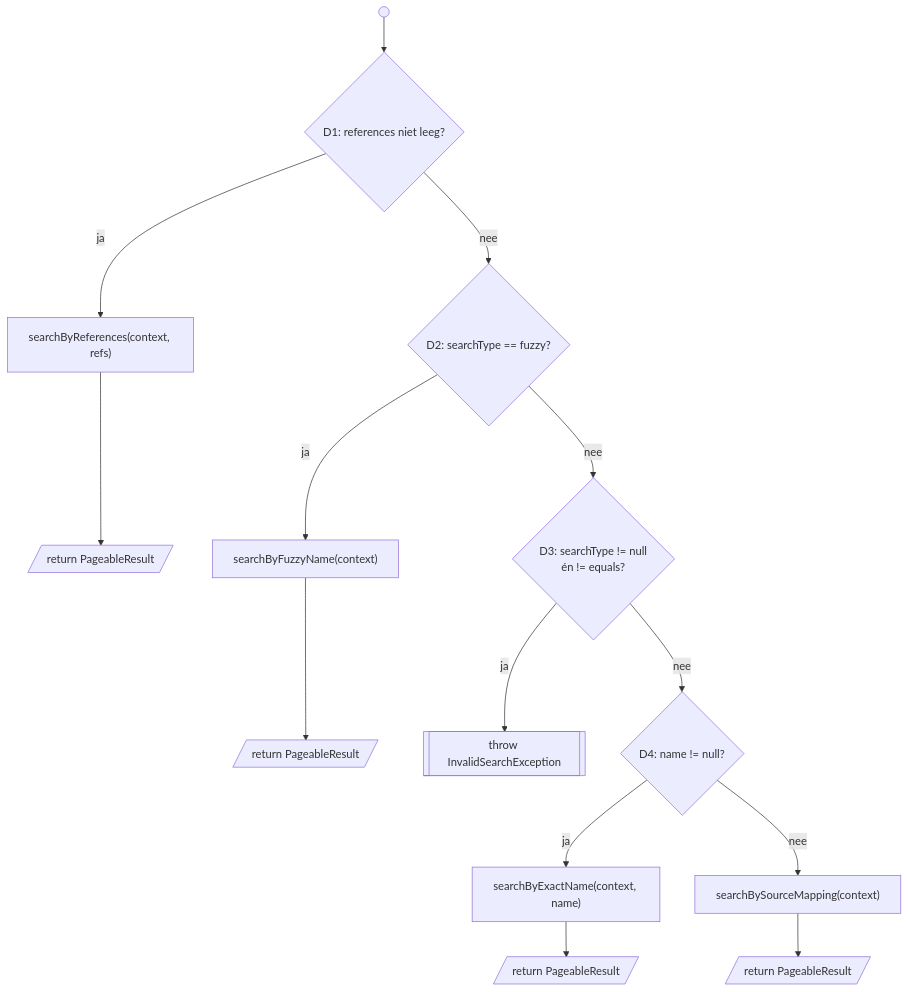
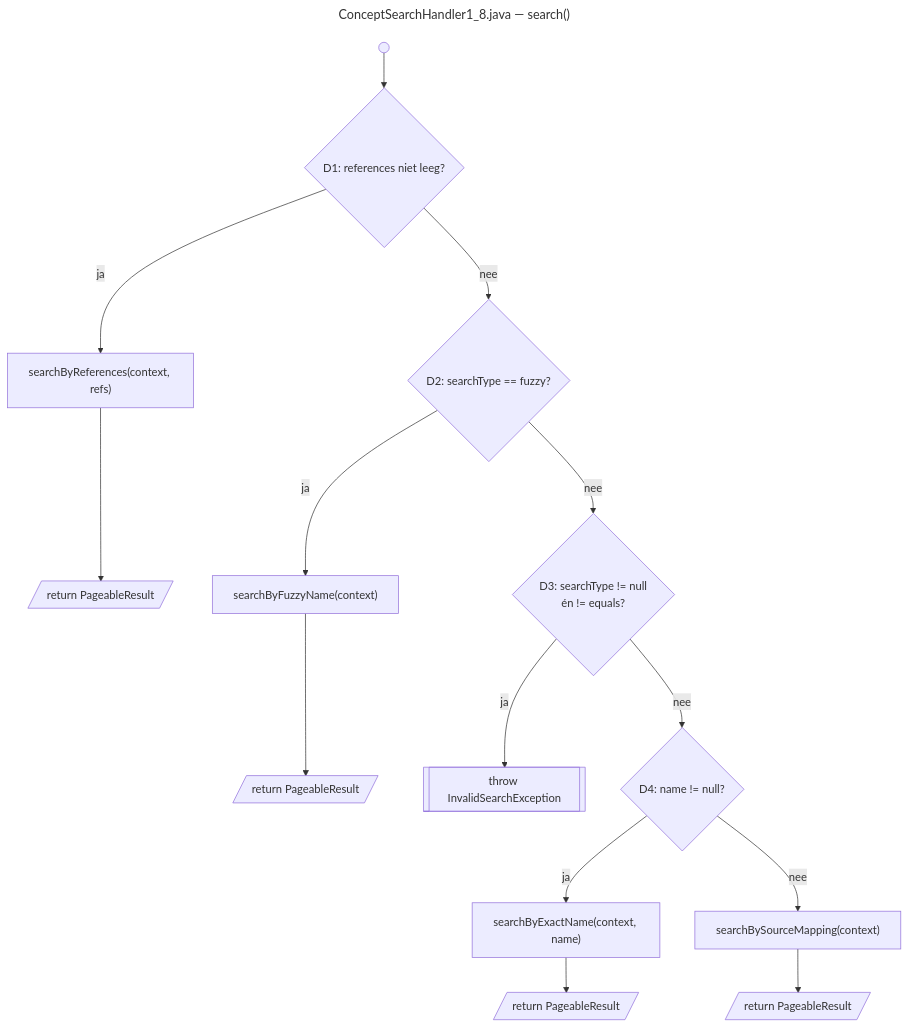
Before and after one commit to GrannyGuard/webservices-rest-audit: the first of 3 diagrams in docs/onderhoudbaarheid/05-realisatie-poc/05.md, drawn with Mermaid. The commit also changed other lines of this file, not shown here.

Commit message:
added titling to mermaid charts in 05

````diff
--- a/docs/onderhoudbaarheid/05-realisatie-poc/05.md
+++ b/docs/onderhoudbaarheid/05-realisatie-poc/05.md
@@ -59,16 +59,19 @@
 ```mermaid
+---
+title: "ConceptSearchHandler1_8.java — search()"
+---
 flowchart TD
     START(( )) --> D1{"D1: references niet leeg?"}
     D1 -->|"ja"| C1["searchByReferences(context, refs)"]
     C1 --> R1[/"return PageableResult"/]
     D1 -->|"nee"| D2{"D2: searchType == fuzzy?"}
     D2 -->|"ja"| C2["searchByFuzzyName(context)"]
     C2 --> R2[/"return PageableResult"/]
     D2 -->|"nee"| D3{"D3: searchType != null<br/>én != equals?"}
     D3 -->|"ja"| EX[["throw InvalidSearchException"]]
     D3 -->|"nee"| D4{"D4: name != null?"}
     D4 -->|"ja"| C3["searchByExactName(context, name)"]
     C3 --> R3[/"return PageableResult"/]
     D4 -->|"nee"| C4["searchBySourceMapping(context)"]
     C4 --> R4[/"return PageableResult"/]
 ```
````
